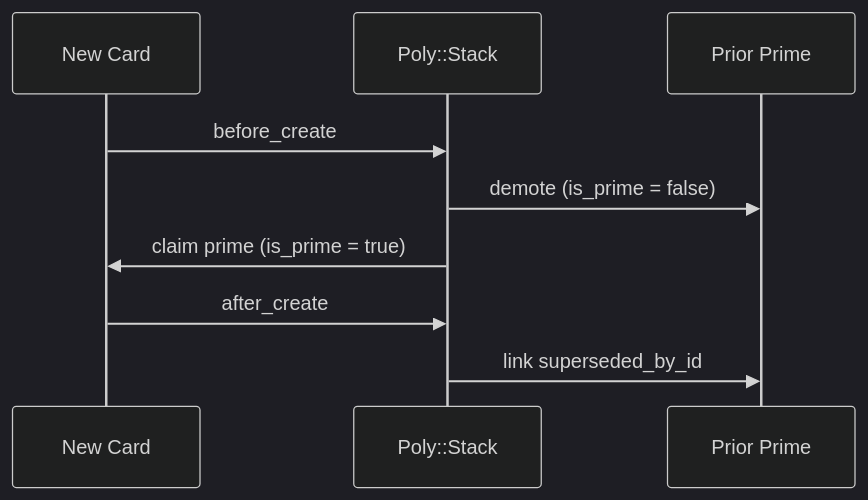
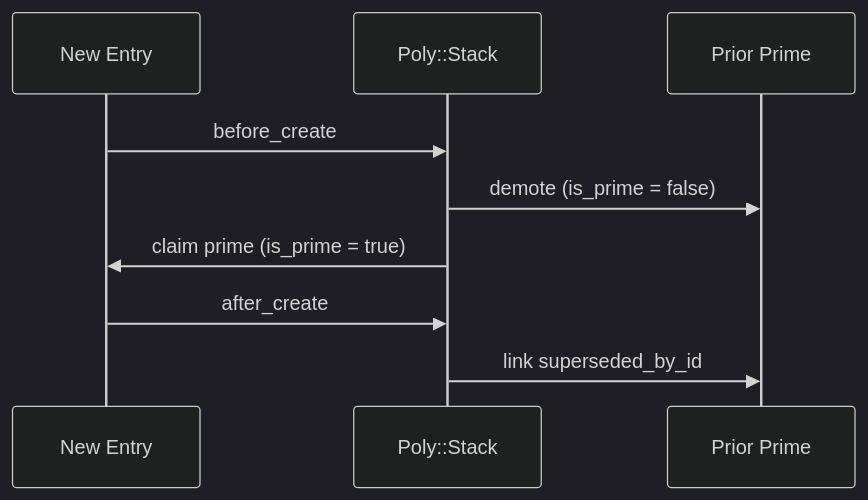
The fifth of 5 diagrams in README.md (whittakertech/poly), drawn with Mermaid (dark theme) before and after one commit. The commit also changed other lines of this file, not shown here.

````diff
--- a/README.md
+++ b/README.md
@@ -479,12 +479,12 @@
 ```mermaid
 sequenceDiagram
-    participant Card as New Card
+    participant Entry as New Entry
     participant PS as Poly::Stack
     participant Prior as Prior Prime
 
-    Card->>PS: before_create
+    Entry->>PS: before_create
     PS->>Prior: demote (is_prime = false)
-    PS->>Card: claim prime (is_prime = true)
-    Card->>PS: after_create
+    PS->>Entry: claim prime (is_prime = true)
+    Entry->>PS: after_create
     PS->>Prior: link superseded_by_id
 ```
````
